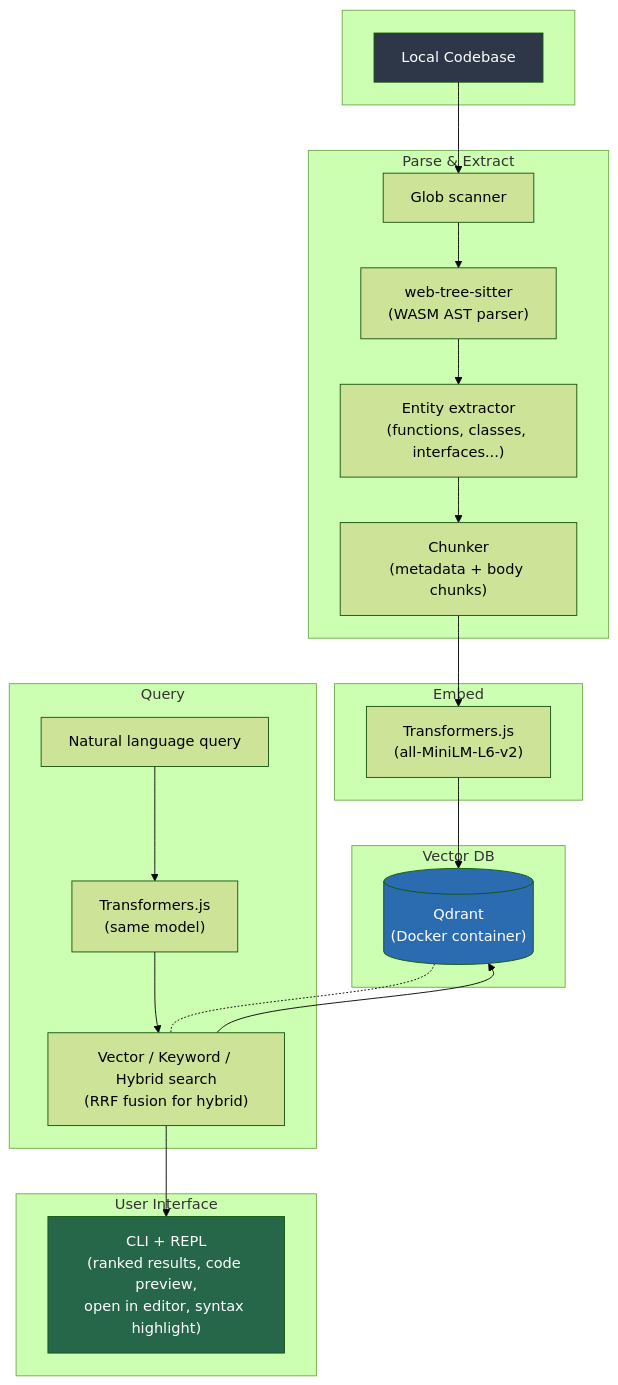
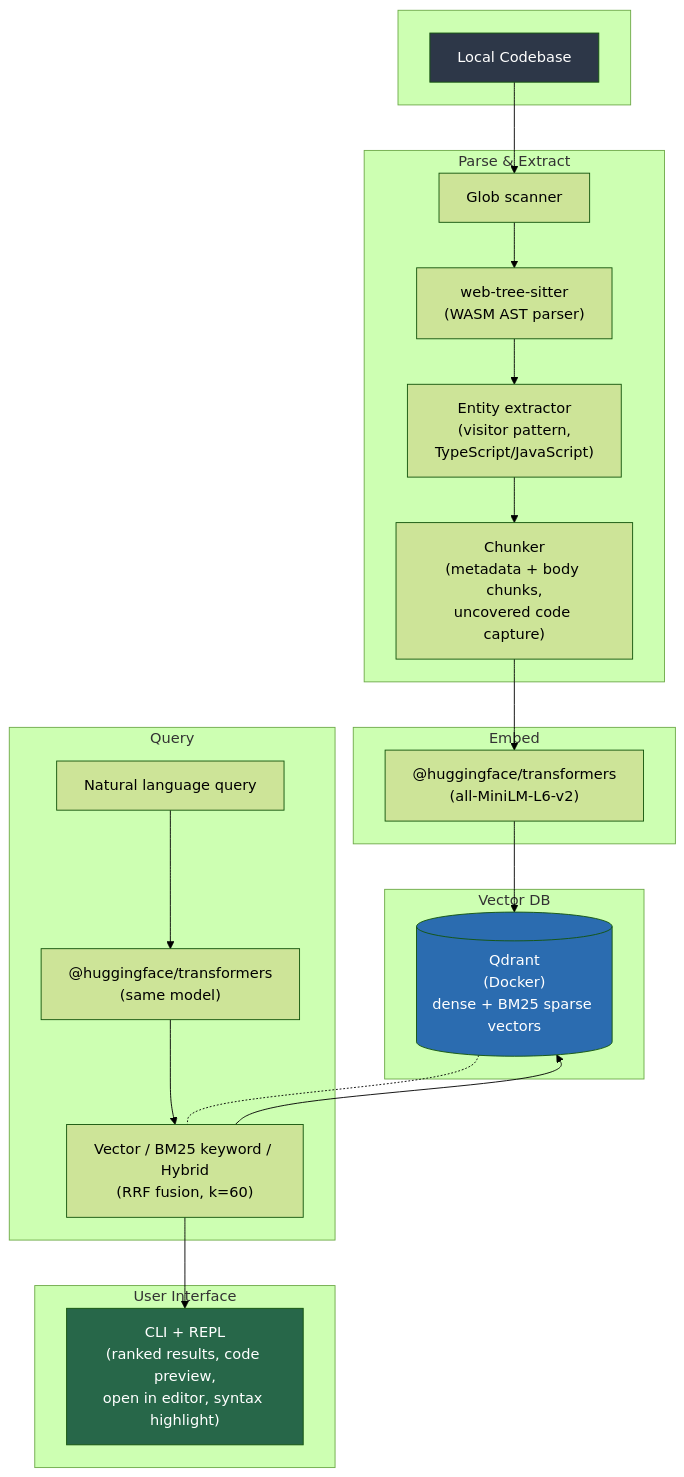
Before and after one commit to yaessc/ASTra: the diagram in README.md, drawn with Mermaid (forest theme). The commit also changed other lines of this file, not shown here.

Commit message:
feat: update README to reflect changes in dependencies and enhance clarity on chunking and search modes

````diff
--- a/README.md
+++ b/README.md
@@ -9,40 +9,40 @@
 ```mermaid
 flowchart TD
     subgraph Input[" "]
         A["Local Codebase"]
     end
 
     subgraph Parse["Parse & Extract"]
         B["Glob scanner"]
         C["web-tree-sitter<br/>(WASM AST parser)"]
-        D["Entity extractor<br/>(functions, classes, interfaces...)"]
-        E["Chunker<br/>(metadata + body chunks)"]
+        D["Entity extractor<br/>(visitor pattern,<br/>TypeScript/JavaScript)"]
+        E["Chunker<br/>(metadata + body chunks,<br/>uncovered code capture)"]
     end
 
     subgraph Embed["Embed"]
-        F["Transformers.js<br/>(all-MiniLM-L6-v2)"]
+        F["@huggingface/transformers<br/>(all-MiniLM-L6-v2)"]
     end
 
     subgraph Store["Vector DB"]
-        G[("Qdrant<br/>(Docker container)")]
+        G[("Qdrant<br/>(Docker)<br/>dense + BM25 sparse vectors")]
     end
 
     subgraph Query["Query"]
         H["Natural language query"]
-        I["Transformers.js<br/>(same model)"]
-        J["Vector / Keyword / Hybrid search<br/>(RRF fusion for hybrid)"]
+        I["@huggingface/transformers<br/>(same model)"]
+        J["Vector / BM25 keyword / Hybrid<br/>(RRF fusion, k=60)"]
     end
 
     subgraph UI["User Interface"]
         K["CLI + REPL<br/>(ranked results, code preview,<br/>open in editor, syntax highlight)"]
     end
 
     A --> B --> C --> D --> E --> F --> G
     H --> I --> J --> G
     J --> K
     G -.- J
 
     style A fill:#2d3748,color:#fff
     style G fill:#2b6cb0,color:#fff
     style K fill:#276749,color:#fff
 ```
````
